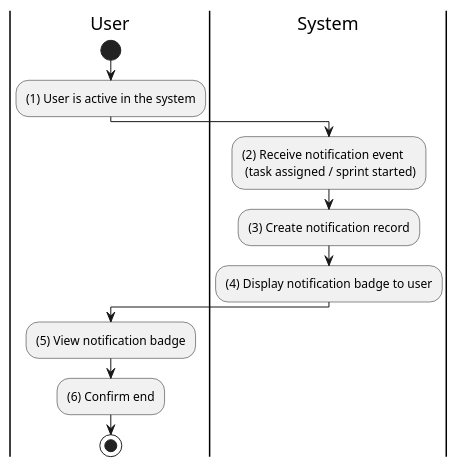
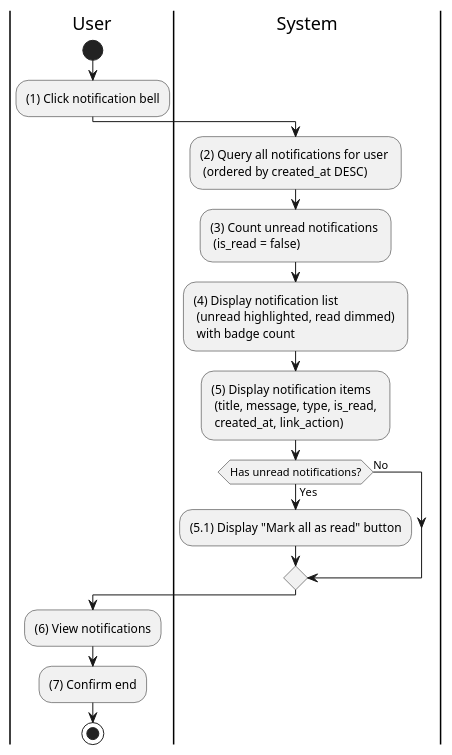
One commit to taskpilot-platform/taskpilot-platform.github.io changed the diagram in docs/docs/activity/notification-management/receive-notification.md. Above: the diagram before and after it, drawn with PlantUML. The commit also changed 14 other files, not shown here.

First line of the commit message:
feat(activity): expand batch 2 activity diagrams to ~40-50 lines

````diff
--- a/docs/docs/activity/notification-management/receive-notification.md
+++ b/docs/docs/activity/notification-management/receive-notification.md
@@ -3,21 +3,27 @@
 ```plantuml
 @startuml
 |U|User
 |S|System
 
 |U|
 start
-:(1) User is active in the system;
+:(1) Click notification bell;
 
 |S|
-:(2) Receive notification event \n (task assigned / sprint started);
-:(3) Create notification record;
-:(4) Display notification badge to user;
+:(2) Query all notifications for user \n (ordered by created_at DESC);
+:(3) Count unread notifications \n (is_read = false);
+:(4) Display notification list \n (unread highlighted, read dimmed) \n with badge count;
+:(5) Display notification items \n (title, message, type, is_read, \n created_at, link_action);
+
+if (Has unread notifications?) then (Yes)
+  :(5.1) Display "Mark all as read" button;
+else (No)
+endif
 
 |U|
-:(5) View notification badge;
-:(6) Confirm end;
+:(6) View notifications;
+:(7) Confirm end;
 
 stop
 @enduml
 ```
````
